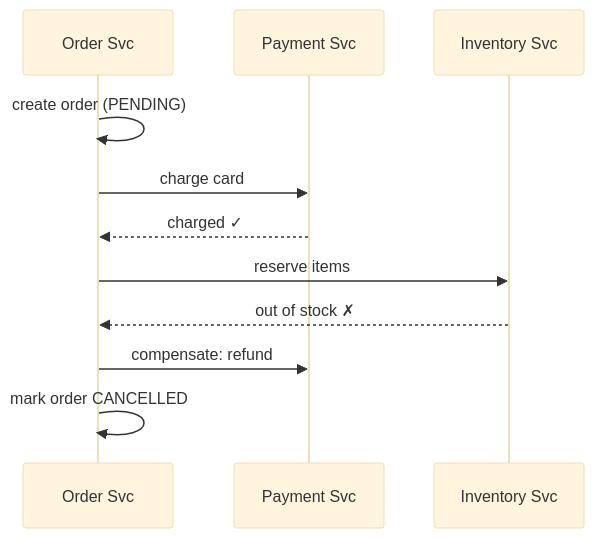
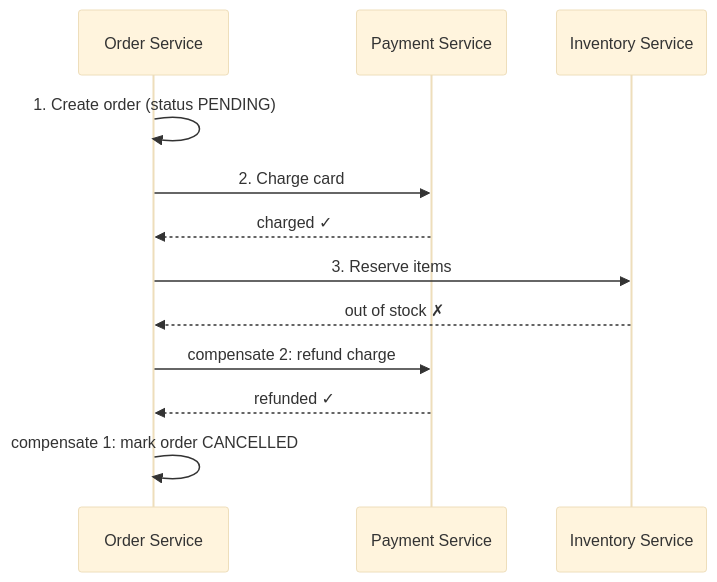
One commit to hshtgbrendo/software-dev-prep changed the third of 4 diagrams in design/3 System Design/Distributed Systems Patterns.md. Above: the diagram before and after it, drawn with Mermaid (base theme). The commit also changed other lines of this file and 28 other files, not shown here.

````diff
--- a/design/3 System Design/Distributed Systems Patterns.md
+++ b/design/3 System Design/Distributed Systems Patterns.md
@@ -103,13 +211,14 @@
 ```mermaid
 sequenceDiagram
-  participant O as Order Svc
-  participant P as Payment Svc
-  participant I as Inventory Svc
-  O->>O: create order (PENDING)
-  O->>P: charge card
+  participant O as Order Service
+  participant P as Payment Service
+  participant I as Inventory Service
+  O->>O: 1. Create order (status PENDING)
+  O->>P: 2. Charge card
   P-->>O: charged ✓
-  O->>I: reserve items
+  O->>I: 3. Reserve items
   I-->>O: out of stock ✗
-  O->>P: compensate: refund
-  O->>O: mark order CANCELLED
+  O->>P: compensate 2: refund charge
+  P-->>O: refunded ✓
+  O->>O: compensate 1: mark order CANCELLED
 ```
````
